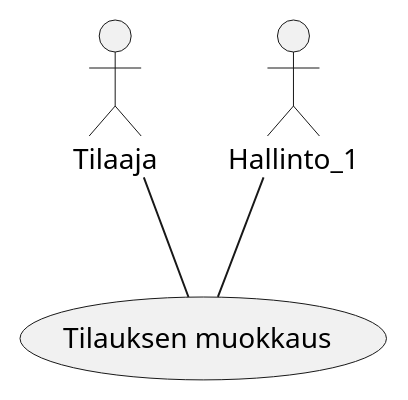
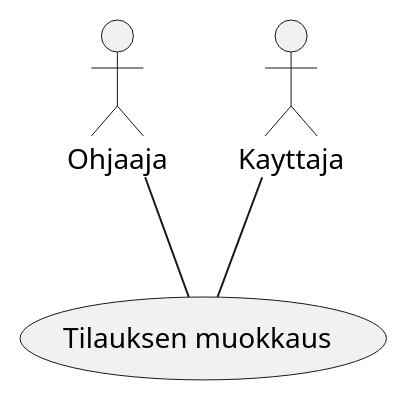
One commit to ninaleo/ransut-core changed the diagram in dokumentit/20-Vaatimustenhallinta/pohjat/pohja-kayttotapaus.md. Above: the diagram before and after it, drawn with PlantUML. The commit also changed other lines of this file, not shown here.

````diff
--- a/dokumentit/20-Vaatimustenhallinta/pohjat/pohja-kayttotapaus.md
+++ b/dokumentit/20-Vaatimustenhallinta/pohjat/pohja-kayttotapaus.md
@@ -11,4 +8,4 @@
 ```plantuml
-Tilaaja -- (Tilauksen muokkaus)
-Hallinto_1 -- (Tilauksen muokkaus)
+Ohjaaja -- (Tilauksen muokkaus)
+Kayttaja -- (Tilauksen muokkaus)
 ```
````
